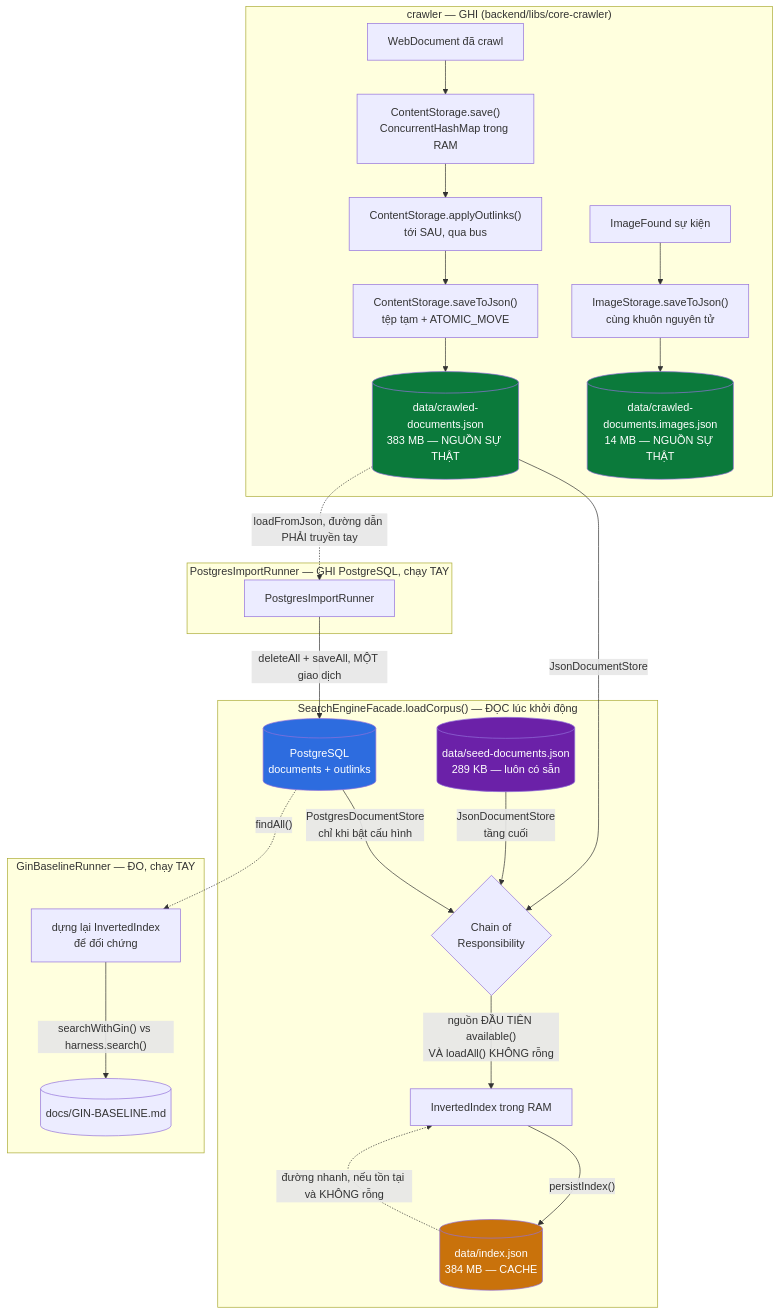
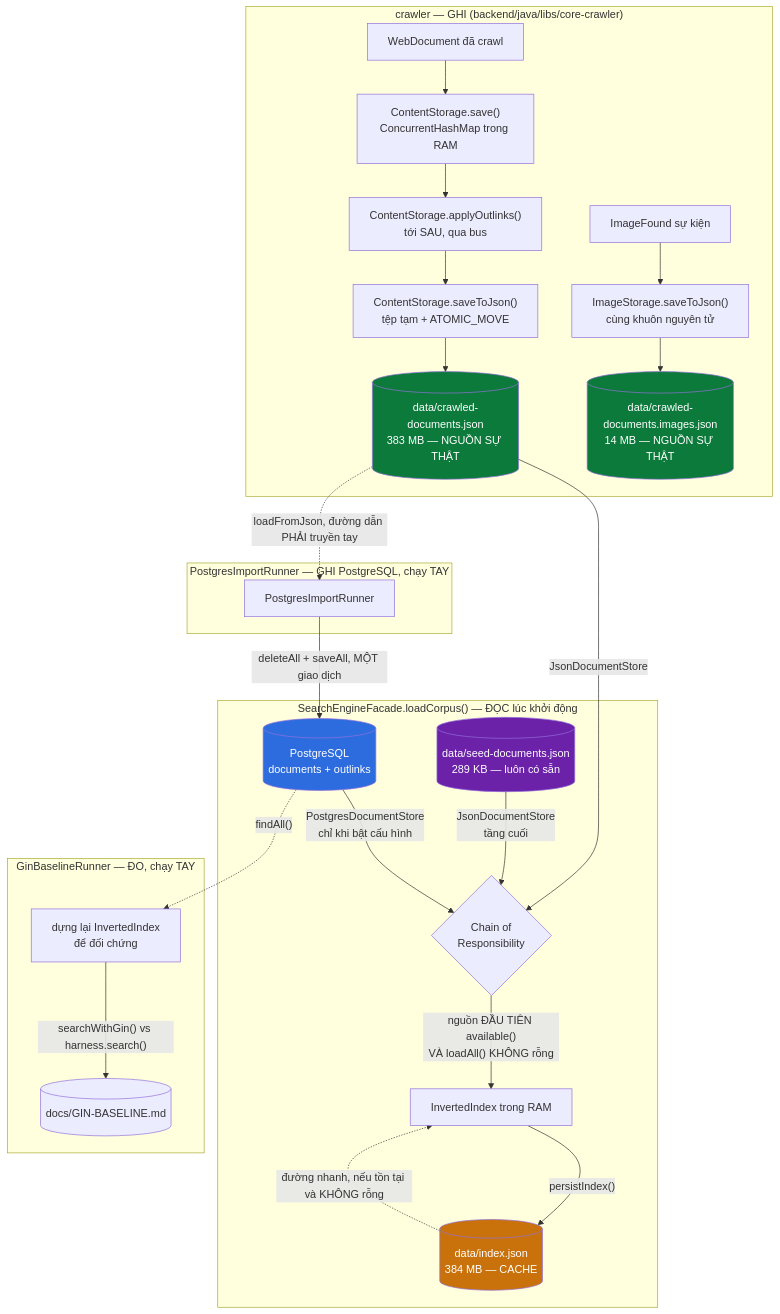
The first of 8 diagrams in docs/STORAGE-PIPELINE.md (KietAnhCS/CocCoc-Plus), drawn with Mermaid before and after one commit. The commit also changed other lines of this file and 282 other files, not shown here.

````diff
--- a/docs/STORAGE-PIPELINE.md
+++ b/docs/STORAGE-PIPELINE.md
@@ -177,39 +177,39 @@
 ```mermaid
 flowchart TD
-    subgraph CRAWL["crawler — GHI (backend/libs/core-crawler)"]
+    subgraph CRAWL["crawler — GHI (backend/java/libs/core-crawler)"]
         WD["WebDocument đã crawl"] --> CS_SAVE["ContentStorage.save()<br/>ConcurrentHashMap trong RAM"]
         CS_SAVE --> CS_OUT["ContentStorage.applyOutlinks()<br/>tới SAU, qua bus"]
         CS_OUT --> CS_JSON["ContentStorage.saveToJson()<br/>tệp tạm + ATOMIC_MOVE"]
         CS_JSON --> F1[("data/crawled-documents.json<br/>383 MB — NGUỒN SỰ THẬT")]
 
         IMG["ImageFound sự kiện"] --> IS_JSON["ImageStorage.saveToJson()<br/>cùng khuôn nguyên tử"]
         IS_JSON --> F2[("data/crawled-documents.images.json<br/>14 MB — NGUỒN SỰ THẬT")]
     end
 
     subgraph BOOT["SearchEngineFacade.loadCorpus() — ĐỌC lúc khởi động"]
         F3[("data/index.json<br/>384 MB — CACHE")]
         F3 -.->|"đường nhanh, nếu tồn tại và KHÔNG rỗng"| IDX["InvertedIndex trong RAM"]
 
         F1 -->|"JsonDocumentStore"| CHAIN
         PG[("PostgreSQL<br/>documents + outlinks")] -->|"PostgresDocumentStore<br/>chỉ khi bật cấu hình"| CHAIN
         SEED[("data/seed-documents.json<br/>289 KB — luôn có sẵn")] -->|"JsonDocumentStore<br/>tầng cuối"| CHAIN{"Chain of<br/>Responsibility"}
         CHAIN -->|"nguồn ĐẦU TIÊN available()<br/>VÀ loadAll() KHÔNG rỗng"| IDX
         IDX -->|"persistIndex()"| F3
     end
 
     subgraph WRITE_PG["PostgresImportRunner — GHI PostgreSQL, chạy TAY"]
         F1 -.->|"loadFromJson, đường dẫn PHẢI truyền tay"| PIR["PostgresImportRunner"]
         PIR -->|"deleteAll + saveAll, MỘT giao dịch"| PG
     end
 
     subgraph GIN["GinBaselineRunner — ĐO, chạy TAY"]
         PG -.->|"findAll()"| GBR["dựng lại InvertedIndex<br/>để đối chứng"]
         GBR -->|"searchWithGin() vs harness.search()"| REPORT[("docs/GIN-BASELINE.md")]
     end
 
     style F1 fill:#0b7a3b,color:#fff
     style F2 fill:#0b7a3b,color:#fff
     style F3 fill:#c9720b,color:#fff
     style PG fill:#2d6cdf,color:#fff
     style SEED fill:#6b21a8,color:#fff
 ```
````
